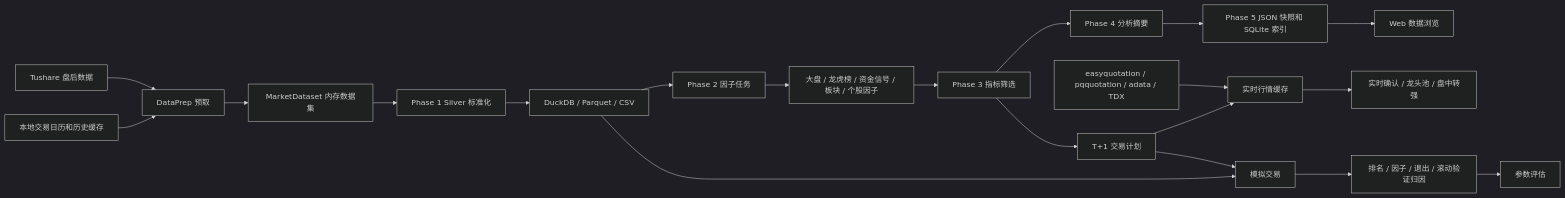
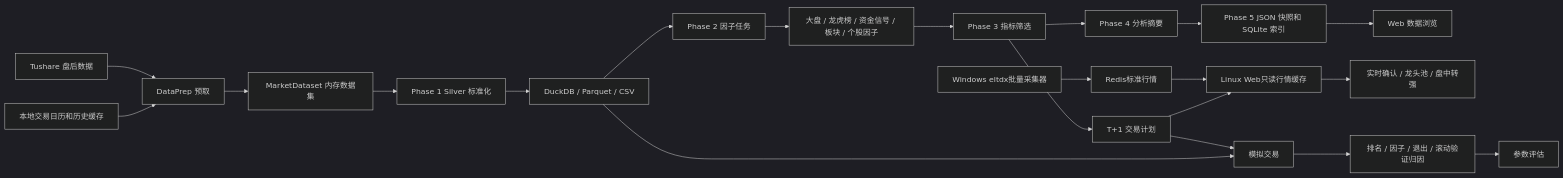
Before and after one commit to w1134796794/a_stock_sentiment_system: the diagram in README.md, drawn with Mermaid (dark theme). The commit also changed other lines of this file and 29 other files, not shown here.

````diff
--- a/README.md
+++ b/README.md
@@ -131,22 +131,23 @@
 ```mermaid
 flowchart LR
     A["Tushare 盘后数据"] --> B["DataPrep 预取"]
     A2["本地交易日历和历史缓存"] --> B
     B --> C["MarketDataset 内存数据集"]
     C --> D["Phase 1 Silver 标准化"]
     D --> E["DuckDB / Parquet / CSV"]
     E --> F["Phase 2 因子任务"]
     F --> G["大盘 / 龙虎榜 / 资金信号 / 板块 / 个股因子"]
     G --> H["Phase 3 指标筛选"]
     H --> I["Phase 4 分析摘要"]
     I --> J["Phase 5 JSON 快照和 SQLite 索引"]
     J --> K["Web 数据浏览"]
     H --> L["T+1 交易计划"]
-    R["easyquotation / pqquotation / adata / TDX"] --> M["实时行情缓存"]
+    R["Windows eltdx批量采集器"] --> S["Redis标准行情"]
+    S --> M["Linux Web只读行情缓存"]
     L --> M
     M --> N["实时确认 / 龙头池 / 盘中转强"]
     L --> O["模拟交易"]
     E --> O
     O --> P["排名 / 因子 / 退出 / 滚动验证归因"]
     P --> Q["参数评估"]
 ```
````
